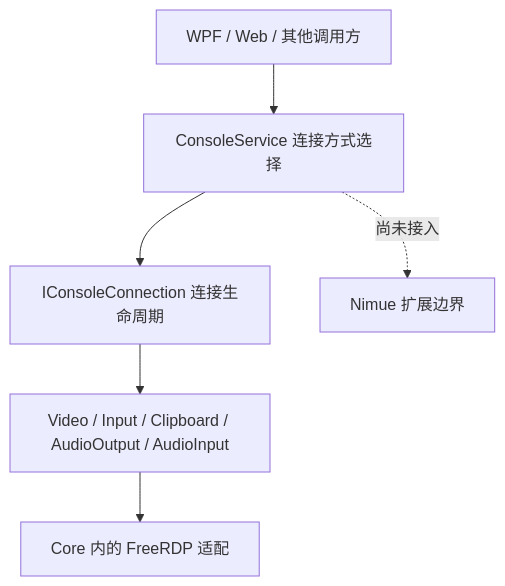
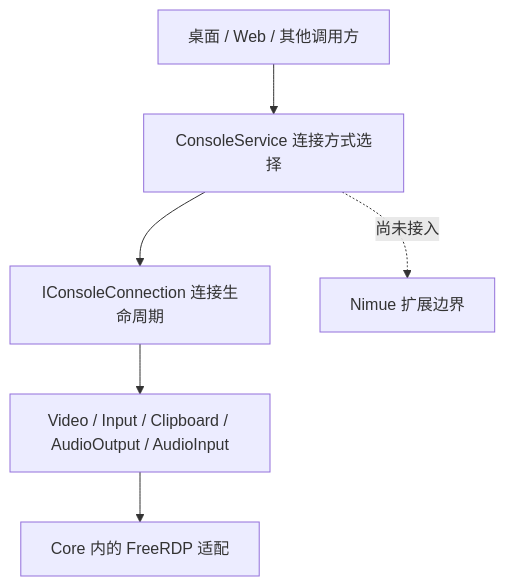
The second of 2 diagrams in doc/architecture.md (Justsenger/ExHyperV), drawn with Mermaid before and after one commit. The commit also changed other lines of this file and 604 other files, not shown here.

````diff
--- a/doc/architecture.md
+++ b/doc/architecture.md
@@ -86,8 +80,8 @@
 ```mermaid
 flowchart TB
-    A[WPF / Web / 其他调用方] --> F[ConsoleService 连接方式选择]
+    A[桌面 / Web / 其他调用方] --> F[ConsoleService 连接方式选择]
     F --> C[IConsoleConnection 连接生命周期]
     C --> V[Video / Input / Clipboard / AudioOutput / AudioInput]
     V --> R[Core 内的 FreeRDP 适配]
     F -. 尚未接入 .-> N[Nimue 扩展边界]
 ```
````
